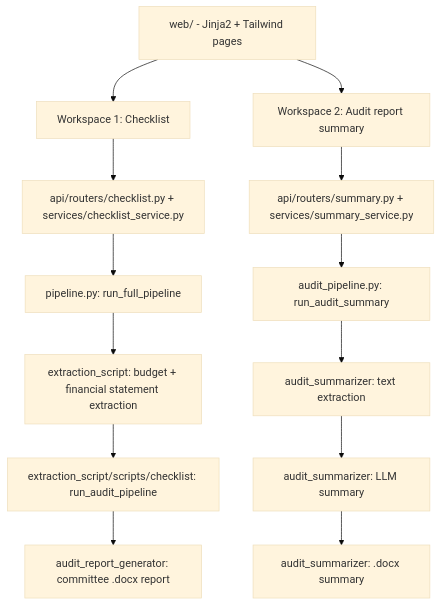
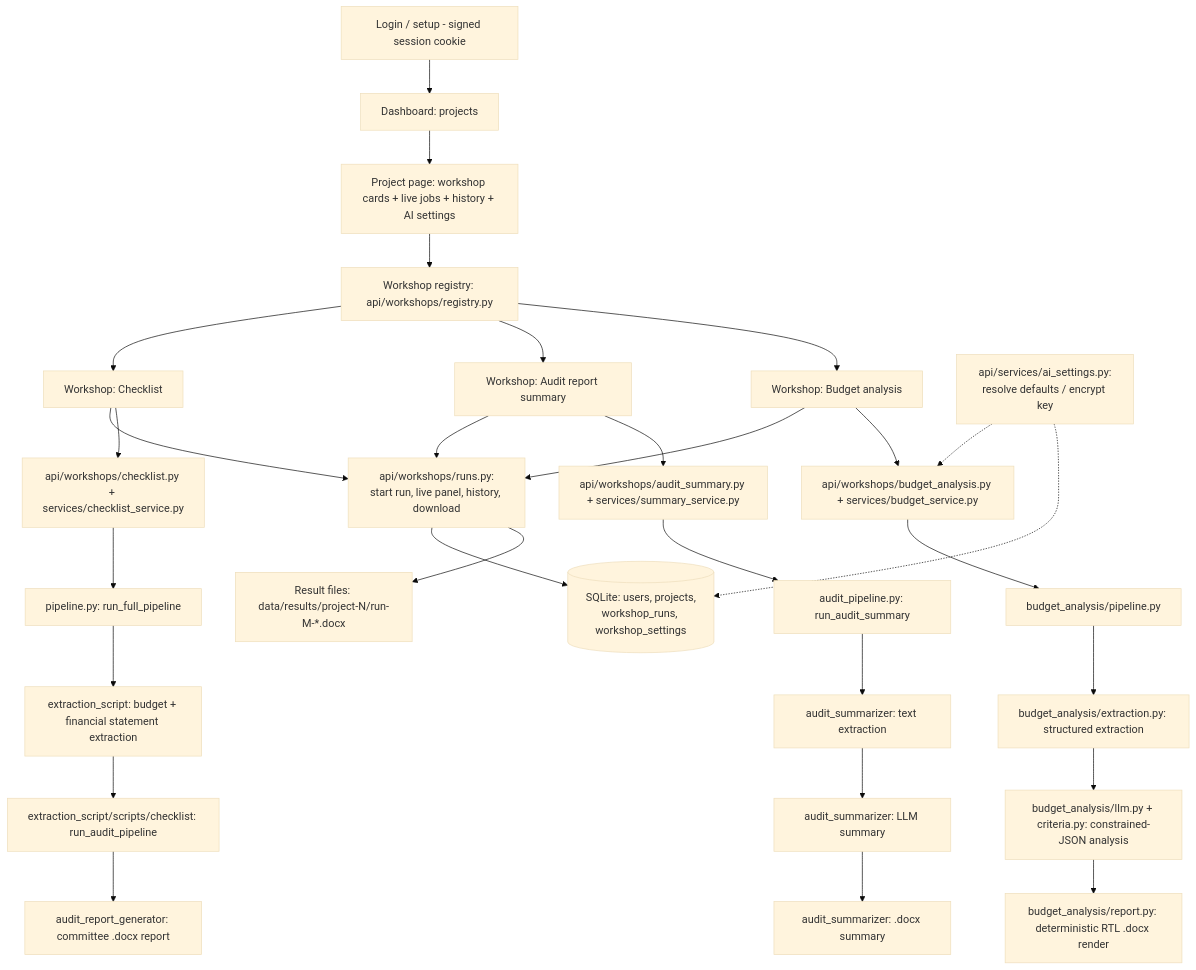
The diagram in README.md (math-team-project/persian-smart-accounting), drawn with Mermaid (base theme) before and after one commit. The commit also changed other lines of this file and 94 other files, not shown here.

Commit message:
updt: new workshop and user panel

````diff
--- a/README.md
+++ b/README.md
@@ -76,17 +95,37 @@
 ```mermaid
 flowchart TD
-    UI[web/ - Jinja2 + Tailwind pages] --> WS1[Workspace 1: Checklist]
-    UI --> WS2[Workspace 2: Audit report summary]
+    AUTH[Login / setup - signed session cookie] --> DASH[Dashboard: projects]
+    DASH --> PROJ[Project page: workshop cards + live jobs + history + AI settings]
+    PROJ --> REG[Workshop registry: api/workshops/registry.py]
 
-    WS1 --> API1[api/routers/checklist.py + services/checklist_service.py]
+    REG --> WS1[Workshop: Checklist]
+    REG --> WS2[Workshop: Audit report summary]
+    REG --> WS3[Workshop: Budget analysis]
+
+    WS1 --> RUNS[api/workshops/runs.py:<br/>start run, live panel, history, download]
+    WS2 --> RUNS
+    WS3 --> RUNS
+    RUNS --> DB[(SQLite: users, projects,<br/>workshop_runs, workshop_settings)]
+    RUNS --> FILES[Result files: data/results/project-N/run-M-*.docx]
+
+    WS1 --> API1[api/workshops/checklist.py + services/checklist_service.py]
     API1 --> P1[pipeline.py: run_full_pipeline]
     P1 --> EX[extraction_script: budget + financial statement extraction]
     EX --> CL[extraction_script/scripts/checklist: run_audit_pipeline]
     CL --> RPT[audit_report_generator: committee .docx report]
 
-    WS2 --> API2[api/routers/summary.py + services/summary_service.py]
+    WS2 --> API2[api/workshops/audit_summary.py + services/summary_service.py]
     API2 --> P2[audit_pipeline.py: run_audit_summary]
     P2 --> FI[audit_summarizer: text extraction]
-    FI --> LLM[audit_summarizer: LLM summary]
-    LLM --> DOC[audit_summarizer: .docx summary]
+    FI --> LLM2[audit_summarizer: LLM summary]
+    LLM2 --> DOC[audit_summarizer: .docx summary]
+
+    WS3 --> API3[api/workshops/budget_analysis.py + services/budget_service.py]
+    API3 --> P3[budget_analysis/pipeline.py]
+    P3 --> E3[budget_analysis/extraction.py: structured extraction]
+    E3 --> A3[budget_analysis/llm.py + criteria.py: constrained-JSON analysis]
+    A3 --> R3[budget_analysis/report.py: deterministic RTL .docx render]
+
+    SETT[api/services/ai_settings.py:<br/>resolve defaults / encrypt key] -.-> API3
+    SETT -.-> DB
 ```
````
